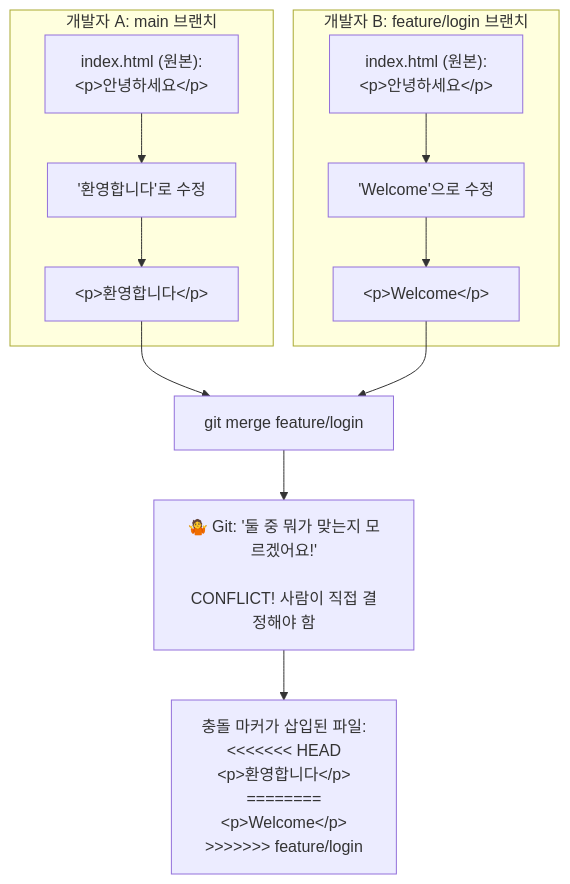
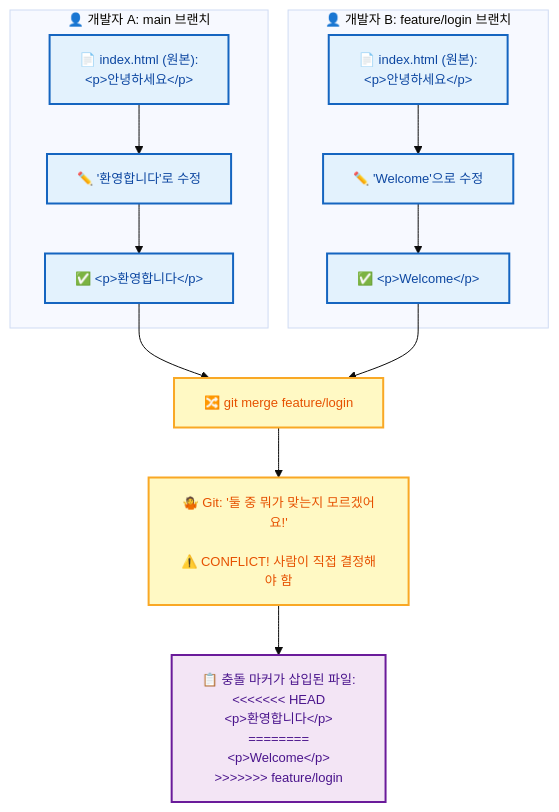
The diagram in git/05_브랜치와_병합/04_충돌_해결.md (jingu279/Document), drawn with Mermaid before and after one commit. The commit also changed 24 other files, not shown here.

First line of the commit message:
Git 문서 전체 Mermaid 다이어그램 스타일링 통일

````diff
--- a/git/05_브랜치와_병합/04_충돌_해결.md
+++ b/git/05_브랜치와_병합/04_충돌_해결.md
@@ -21,20 +21,30 @@
 ```mermaid
+%%{init: {'theme': 'base', 'themeVariables': {'fontSize': '13px'}}}%%
 flowchart TB
-  subgraph DeveloperA[개발자 A: main 브랜치]
-    A1["index.html (원본):<br/>&lt;p&gt;안녕하세요&lt;/p&gt;"]
-    A2["'환영합니다'로 수정"]
-    A3["&lt;p&gt;환영합니다&lt;/p&gt;"]
+  subgraph DeveloperA["👤 개발자 A: main 브랜치"]
+    A1["📄 index.html (원본):<br/>&lt;p&gt;안녕하세요&lt;/p&gt;"]
+    A2["✏️ '환영합니다'로 수정"]
+    A3["✅ &lt;p&gt;환영합니다&lt;/p&gt;"]
     A1 --> A2 --> A3
   end
 
-  subgraph DeveloperB[개발자 B: feature/login 브랜치]
-    B1["index.html (원본):<br/>&lt;p&gt;안녕하세요&lt;/p&gt;"]
-    B2["'Welcome'으로 수정"]
-    B3["&lt;p&gt;Welcome&lt;/p&gt;"]
+  subgraph DeveloperB["👤 개발자 B: feature/login 브랜치"]
+    B1["📄 index.html (원본):<br/>&lt;p&gt;안녕하세요&lt;/p&gt;"]
+    B2["✏️ 'Welcome'으로 수정"]
+    B3["✅ &lt;p&gt;Welcome&lt;/p&gt;"]
     B1 --> B2 --> B3
   end
 
-  A3 & B3 --> Merge["git merge feature/login"]
-  Merge --> Conflict["🤷 Git: '둘 중 뭐가 맞는지 모르겠어요!'<br/><br/>CONFLICT! 사람이 직접 결정해야 함"]
-  Conflict --> Markers["충돌 마커가 삽입된 파일:<br/><<<<<<< HEAD<br/>&lt;p&gt;환영합니다&lt;/p&gt;<br/>========<br/>&lt;p&gt;Welcome&lt;/p&gt;<br/>>>>>>>> feature/login"]
+  A3 & B3 --> Merge["🔀 git merge feature/login"]
+  Merge --> Conflict["🤷 Git: '둘 중 뭐가 맞는지 모르겠어요!'<br/><br/>⚠️ CONFLICT! 사람이 직접 결정해야 함"]
+  Conflict --> Markers["📋 충돌 마커가 삽입된 파일:<br/><<<<<<< HEAD<br/>&lt;p&gt;환영합니다&lt;/p&gt;<br/>========<br/>&lt;p&gt;Welcome&lt;/p&gt;<br/>>>>>>>> feature/login"]
+
+  classDef main fill:#fff3e0,stroke:#e65100,stroke-width:2px,color:#bf360c
+  classDef sub fill:#e8f5e9,stroke:#2e7d32,stroke-width:2px,color:#1b5e20
+  classDef proc fill:#e3f2fd,stroke:#1565c0,stroke-width:2px,color:#0d47a1
+  classDef decision fill:#fff9c4,stroke:#f9a825,stroke-width:2px,color:#e65100
+  classDef highlight fill:#f3e5f5,stroke:#6a1b9a,stroke-width:2px,color:#4a148c
+  class A1,A2,A3,B1,B2,B3 proc
+  class Merge,Conflict decision
+  class Markers highlight
 ```
````
